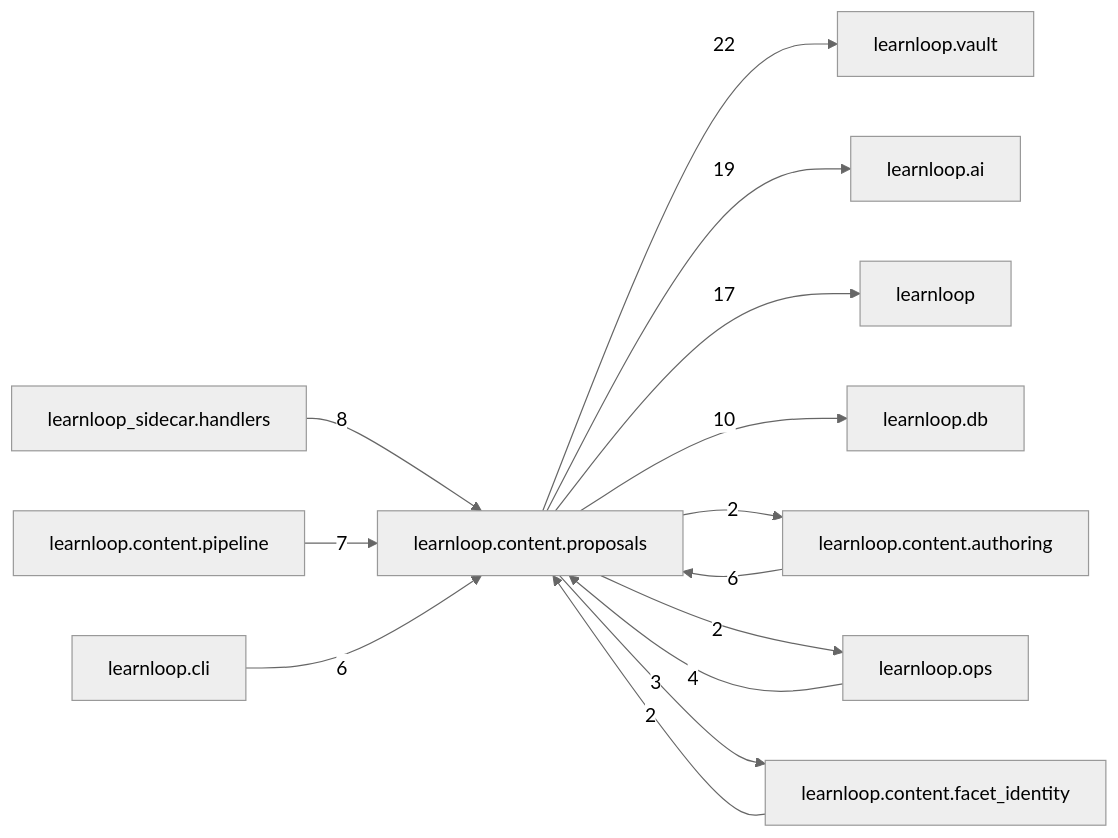
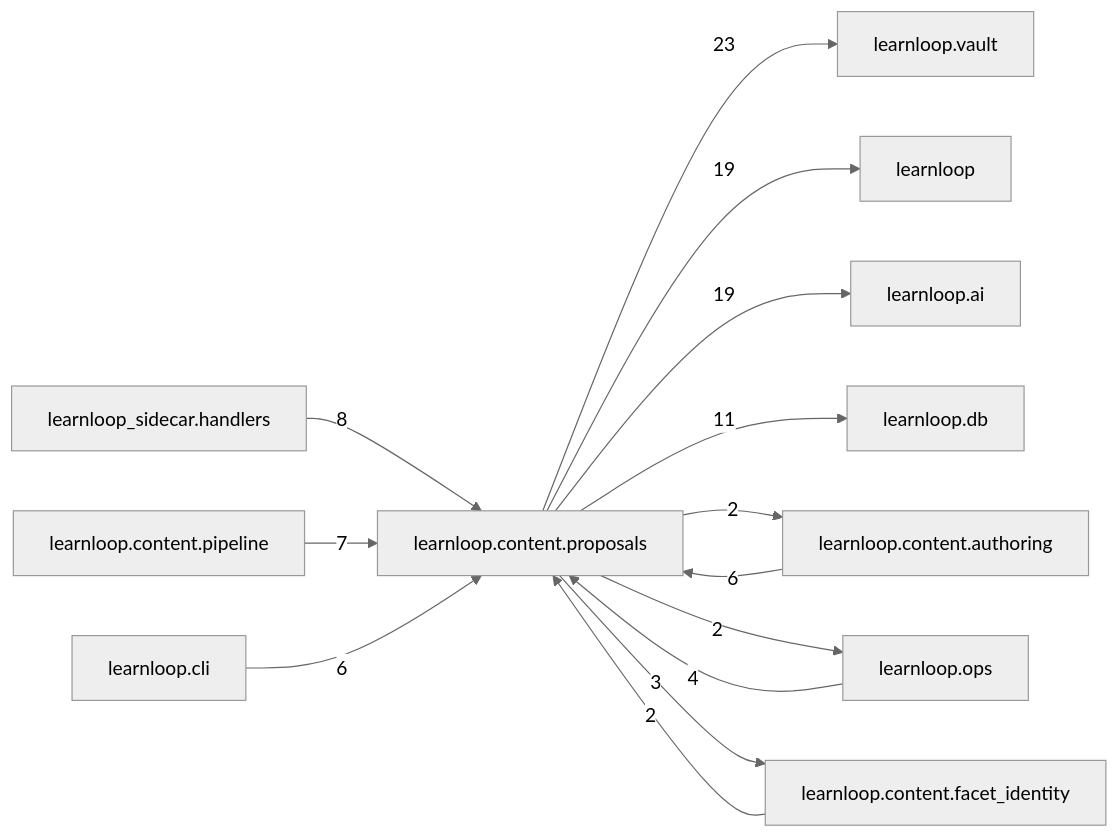
One commit to 6up-b/learnanything changed the diagram in docs/learnloop-architecture-vault/Reference/Modules/learnloop/content/proposals/_package.md. Above: the diagram before and after it, drawn with Mermaid (neutral theme). The commit also changed other lines of this file and 52 other files, not shown here.

````diff
--- a/docs/learnloop-architecture-vault/Reference/Modules/learnloop/content/proposals/_package.md
+++ b/docs/learnloop-architecture-vault/Reference/Modules/learnloop/content/proposals/_package.md
@@ -104,27 +106,27 @@
 ```mermaid
 flowchart LR
     center["learnloop.content.proposals"]
     n_learnloop_vault["learnloop.vault"]
+    n_learnloop["learnloop"]
     n_learnloop_ai["learnloop.ai"]
-    n_learnloop["learnloop"]
     n_learnloop_db["learnloop.db"]
     n_learnloop_content_authoring["learnloop.content.authoring"]
     n_learnloop_sidecar_handlers["learnloop_sidecar.handlers"]
     n_learnloop_content_pipeline["learnloop.content.pipeline"]
     n_learnloop_cli["learnloop.cli"]
     n_learnloop_ops["learnloop.ops"]
     n_learnloop_content_facet_identity["learnloop.content.facet_identity"]
-    center -->|22| n_learnloop_vault
+    center -->|23| n_learnloop_vault
+    center -->|19| n_learnloop
     center -->|19| n_learnloop_ai
-    center -->|17| n_learnloop
-    center -->|10| n_learnloop_db
+    center -->|11| n_learnloop_db
     n_learnloop_content_authoring -->|6| center
     center -->|2| n_learnloop_content_authoring
     n_learnloop_sidecar_handlers -->|8| center
     n_learnloop_content_pipeline -->|7| center
     n_learnloop_cli -->|6| center
     n_learnloop_ops -->|4| center
     center -->|2| n_learnloop_ops
     n_learnloop_content_facet_identity -->|2| center
     center -->|3| n_learnloop_content_facet_identity
 ```
````
